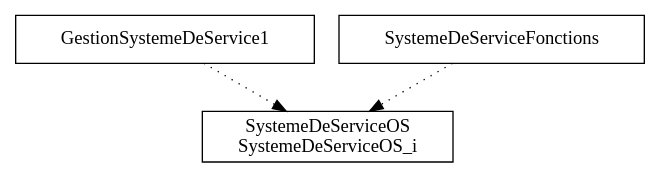
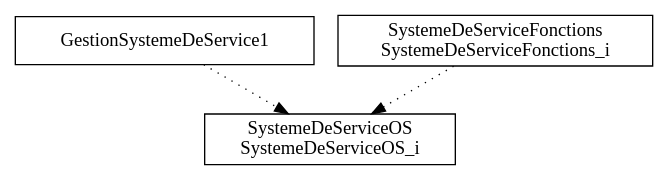
One commit to kirapoetica974/Systeme_Gestion_De_Service_ALMA_2016 changed the diagram in SystemeDeServiceOS/bdp/SystemeDeServiceOS.dot. Above: the diagram before and after it, drawn with Graphviz. The commit also changed 2 other files, not shown here.

```diff
--- a/SystemeDeServiceOS/bdp/SystemeDeServiceOS.dot
+++ b/SystemeDeServiceOS/bdp/SystemeDeServiceOS.dot
@@ -1,8 +1,8 @@
 digraph {
 GestionSystemeDeService1 [ label=" GestionSystemeDeService1 " shape= box ]
-SystemeDeServiceFonctions [ label=" SystemeDeServiceFonctions " shape= box ]
+SystemeDeServiceFonctions_i [ label=" SystemeDeServiceFonctions\nSystemeDeServiceFonctions_i " shape= box ]
 SystemeDeServiceOS_i [ label=" SystemeDeServiceOS\nSystemeDeServiceOS_i " shape= box ]
 
 "GestionSystemeDeService1" -> "SystemeDeServiceOS_i" [style= dotted ]
-"SystemeDeServiceFonctions" -> "SystemeDeServiceOS_i" [style= dotted ]
+"SystemeDeServiceFonctions_i" -> "SystemeDeServiceOS_i" [style= dotted ]
 }
```
